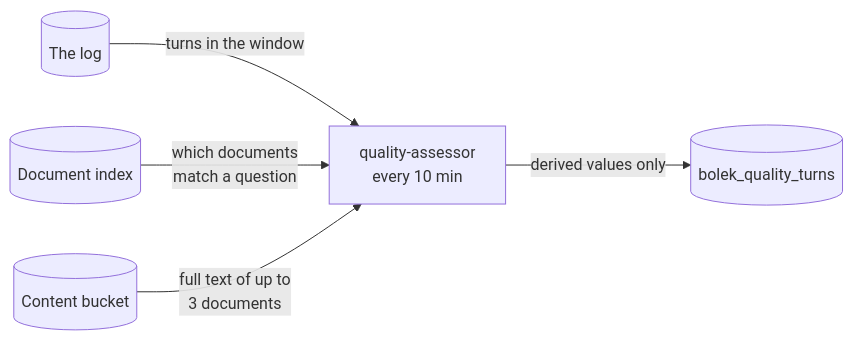
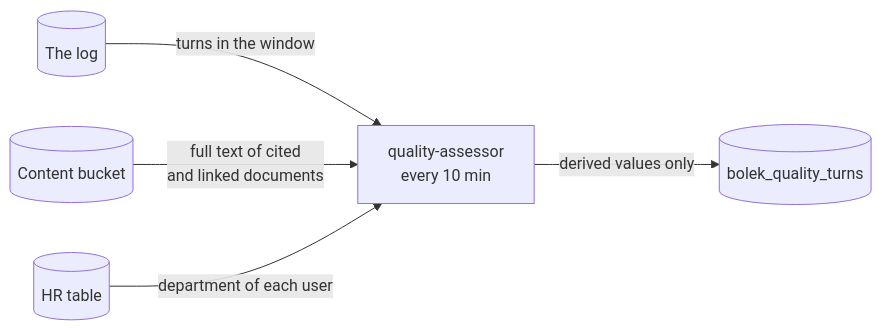
One commit to pborkowski-rtbh/conversation-analyzer changed diagram 11 of 19 in design-doc.md. Above: the diagram before and after it, drawn with Mermaid. The commit also changed other lines of this file and 1 other file, not shown here.

````diff
--- a/design-doc.md
+++ b/design-doc.md
@@ -1191,7 +1186,7 @@
 ```mermaid
 flowchart LR
     LOG[("The log")] -->|"turns in the window"| A["quality-assessor<br/>every 10 min"]
-    DOC[("Document index")] -->|"which documents<br/>match a question"| A
-    BUCKET[("Content bucket")] -->|"full text of up to<br/>3 documents"| A
+    BUCKET[("Content bucket")] -->|"full text of cited<br/>and linked documents"| A
+    HR[("HR table")] -->|"department of each user"| A
     A -->|"derived values only"| T[("bolek_quality_turns")]
 ```
````
